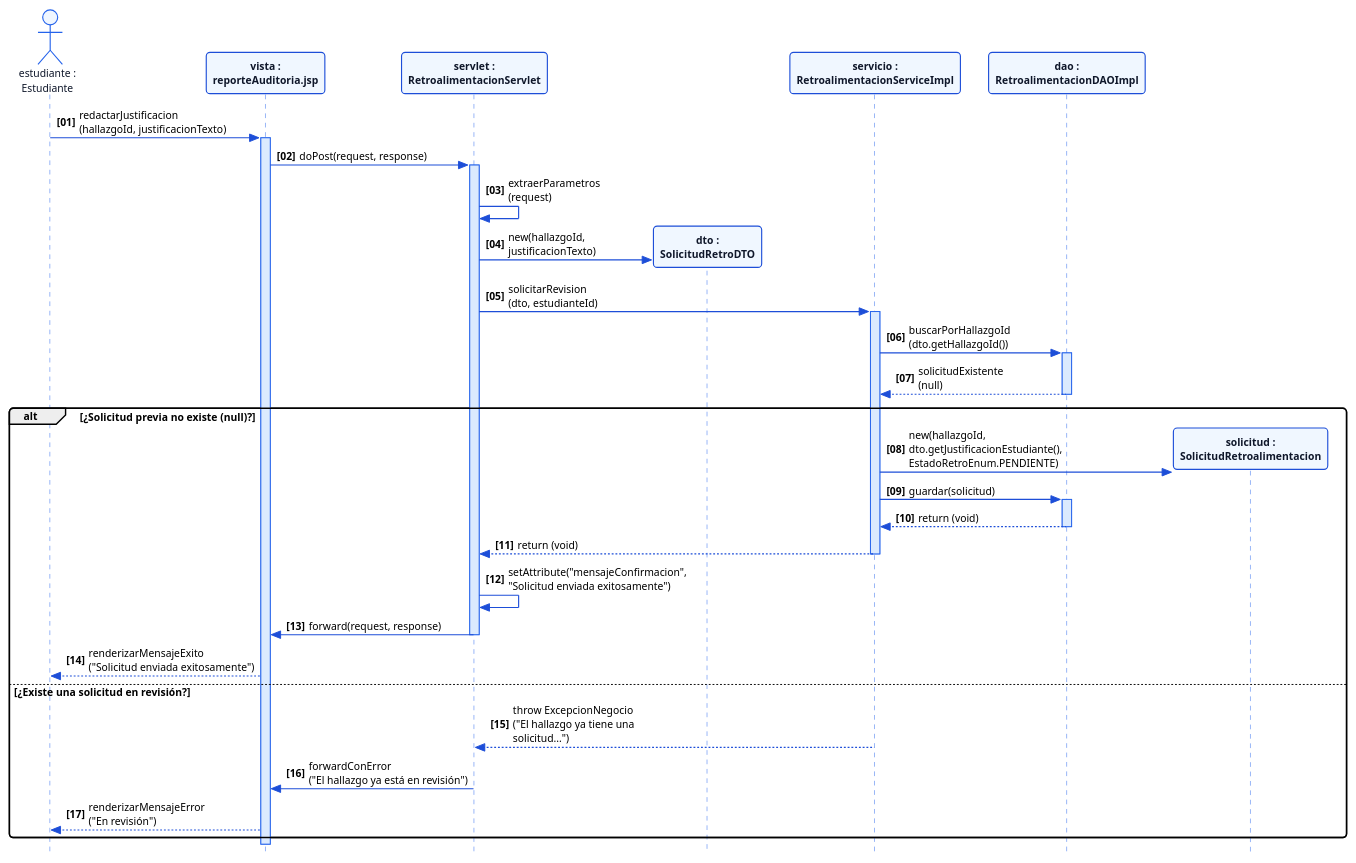
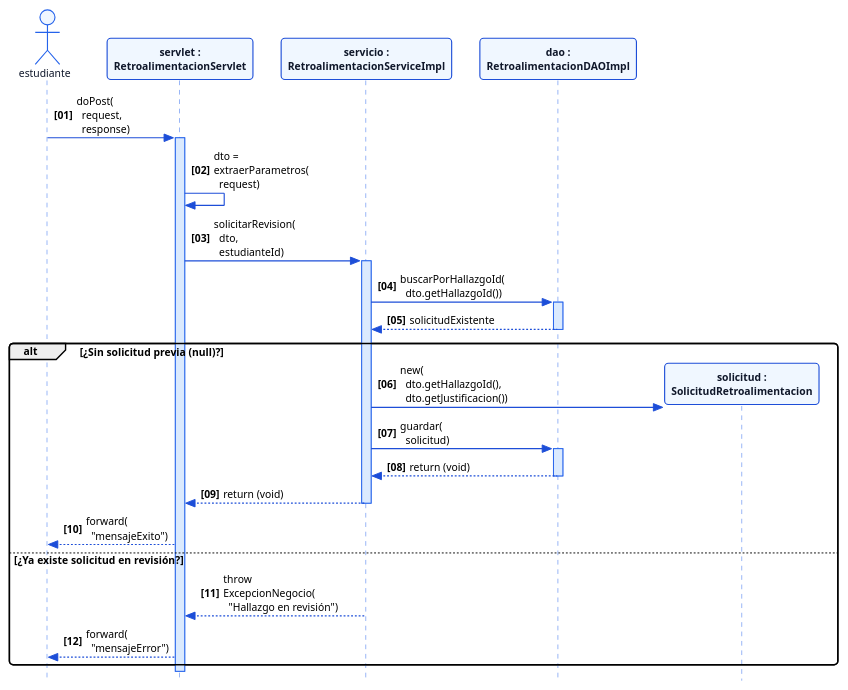
Before and after one commit to ErickBaja05/GR4_1BT3_622_26B: the diagram in docs/incremento2/sequenceDiagrams/cu05-solicitarFeedback.puml, drawn with PlantUML. The commit also changed 1 other file, not shown here.

Commit message:
Corrijo diagramas de secuencia CU02 y CU05

```diff
--- a/docs/incremento2/sequenceDiagrams/cu05-solicitarFeedback.puml
+++ b/docs/incremento2/sequenceDiagrams/cu05-solicitarFeedback.puml
@@ -1,92 +1,80 @@
 @startuml
 skinparam style strictuml
 skinparam defaultFontName "Segoe UI"
 skinparam defaultFontSize 11
 skinparam roundCorner 8
 skinparam shadowing false
 
-' --- AJUSTES PARA COMPACTAR HORIZONTALMENTE ---
-' Define un ancho máximo en píxeles antes de hacer salto de línea en los mensajes
-skinparam maxMessageSize 180
-' Agrupa participantes o ajusta espacio si es necesario
-skinparam SequenceParticipantPadding 10
-skinparam SequenceBoxPadding 5
+skinparam maxMessageSize 130
+skinparam ParticipantPadding 10
+skinparam BoxPadding 10
 
 skinparam participant {
     BackgroundColor #F0F7FF
     BorderColor #1D4ED8
     BorderThickness 1.2
     FontColor #0F172A
     FontStyle bold
 }
 
 skinparam actor {
     BackgroundColor #EFF6FF
     BorderColor #2563EB
     BorderThickness 1.2
     FontColor #0F172A
 }
 
 skinparam sequence {
     LifeLineBackgroundColor #DBEAFE
     LifeLineBorderColor #2563EB
     ArrowColor #1D4ED8
     ArrowThickness 1.2
 }
 
 autonumber "<b>[00]</b>"
 
-' Nombres con saltos de línea en los participantes largos
-actor "estudiante :\nEstudiante" as estudiante
-participant "vista :\nreporteAuditoria.jsp" as jsp
+actor "estudiante" as estudiante
 participant "servlet :\nRetroalimentacionServlet" as servlet
-participant "dto :\nSolicitudRetroDTO" as dto
 participant "servicio :\nRetroalimentacionServiceImpl" as service
 participant "dao :\nRetroalimentacionDAOImpl" as dao
 participant "solicitud :\nSolicitudRetroalimentacion" as solicitud
 
-estudiante -> jsp : redactarJustificacion\n(hallazgoId, justificacionTexto)
-activate jsp
-
-jsp -> servlet : doPost(request, response)
+' 1. El estudiante envía la solicitud vía POST desde la interfaz
+estudiante -> servlet : doPost(\n  request,\n  response)
 activate servlet
 
-servlet -> servlet : extraerParametros\n(request)
+' 2. El Servlet construye internamente el DTO desde los parámetros HTTP
+servlet -> servlet : dto = extraerParametros(\n  request)
 
-create dto
-servlet -> dto : new(hallazgoId,\njustificacionTexto)
-
-servlet -> service : solicitarRevision\n(dto, estudianteId)
+' 3. Se invoca el servicio pasando el DTO
+servlet -> service : solicitarRevision(\n  dto,\n  estudianteId)
 activate service
 
-' Validación de existencia de revisión previa
-service -> dao : buscarPorHallazgoId\n(dto.getHallazgoId())
+' 4. Se verifica si el hallazgo ya tiene revisión previa
+service -> dao : buscarPorHallazgoId(\n  dto.getHallazgoId())
 activate dao
-dao --> service : solicitudExistente\n(null)
+dao --> service : solicitudExistente
 deactivate dao
 
-alt ¿Solicitud previa no existe (null)?
+alt ¿Sin solicitud previa (null)?
+    ' 5. Instanciación y guardado de la nueva solicitud
     create solicitud
-    service -> solicitud : new(hallazgoId, dto.getJustificacionEstudiante(),\nEstadoRetroEnum.PENDIENTE)
+    service -> solicitud : new(\n  dto.getHallazgoId(),\n  dto.getJustificacion())
 
-    service -> dao : guardar(solicitud)
+    service -> dao : guardar(\n  solicitud)
     activate dao
     dao --> service : return (void)
     deactivate dao
 
     service --> servlet : return (void)
     deactivate service
 
-    servlet -> servlet : setAttribute("mensajeConfirmacion",\n"Solicitud enviada exitosamente")
-    servlet -> jsp : forward(request, response)
-    deactivate servlet
-
-    jsp --> estudiante : renderizarMensajeExito\n("Solicitud enviada exitosamente")
-else ¿Existe una solicitud en revisión?
-    service --> servlet : throw ExcepcionNegocio\n("El hallazgo ya tiene una solicitud...")
-    servlet -> jsp : forwardConError\n("El hallazgo ya está en revisión")
-    jsp --> estudiante : renderizarMensajeError\n("En revisión")
+    ' 6. Respuesta mediante forward
+    servlet --> estudiante : forward(\n  "mensajeExito")
+else ¿Ya existe solicitud en revisión?
+    service --> servlet : throw ExcepcionNegocio(\n  "Hallazgo en revisión")
+    servlet --> estudiante : forward(\n  "mensajeError")
 end
-deactivate jsp
+deactivate servlet
 
 @enduml
```
